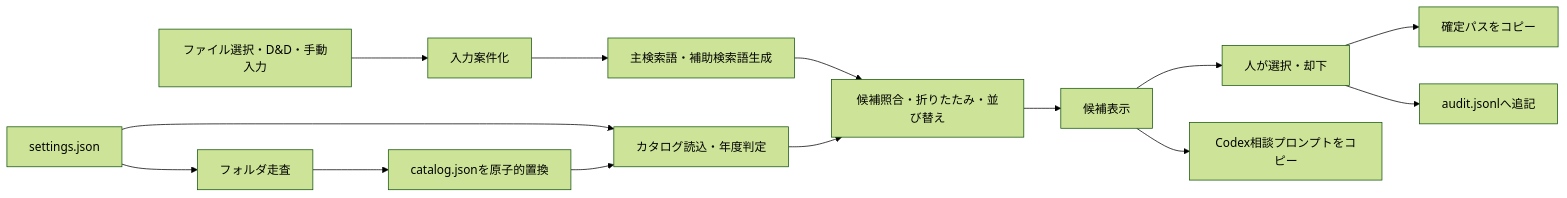
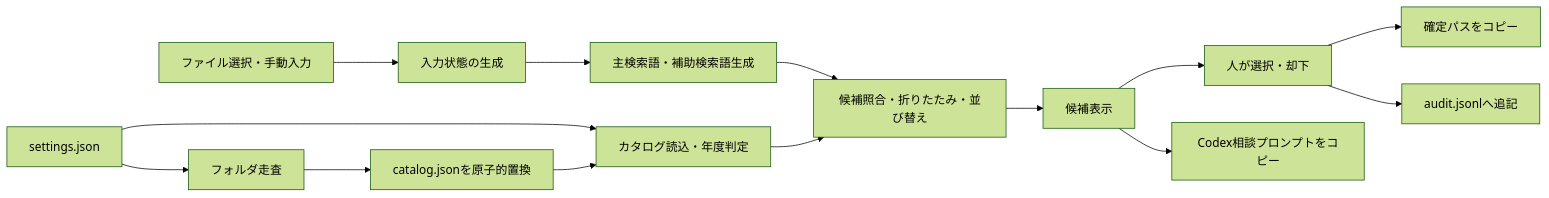
Before and after one commit to baiputaojiu/amatsuka_argo_5_obsidan_chatgpt_cursor_genspark: the diagram in obsidan vault/30_Permanent/★業務/ファイル管理/実装計画_OneDrive保存先レコメンダー.md, drawn with Mermaid (forest theme). The commit also changed other lines of this file and 2 other files, not shown here.

````diff
--- a/obsidan vault/30_Permanent/★業務/ファイル管理/実装計画_OneDrive保存先レコメンダー.md
+++ b/obsidan vault/30_Permanent/★業務/ファイル管理/実装計画_OneDrive保存先レコメンダー.md
@@ -168,16 +166,16 @@
 ```mermaid
 flowchart LR
-    A["ファイル選択・D&D・手動入力"] --> B["入力案件化"]
+    A["ファイル選択・手動入力"] --> B["入力状態の生成"]
     B --> C["主検索語・補助検索語生成"]
     D["settings.json"] --> E["フォルダ走査"]
     E --> F["catalog.jsonを原子的置換"]
     D --> G["カタログ読込・年度判定"]
     F --> G
     C --> H["候補照合・折りたたみ・並び替え"]
     G --> H
     H --> I["候補表示"]
     I --> J["人が選択・却下"]
     J --> K["確定パスをコピー"]
     J --> L["audit.jsonlへ追記"]
     I --> M["Codex相談プロンプトをコピー"]
 ```
````
